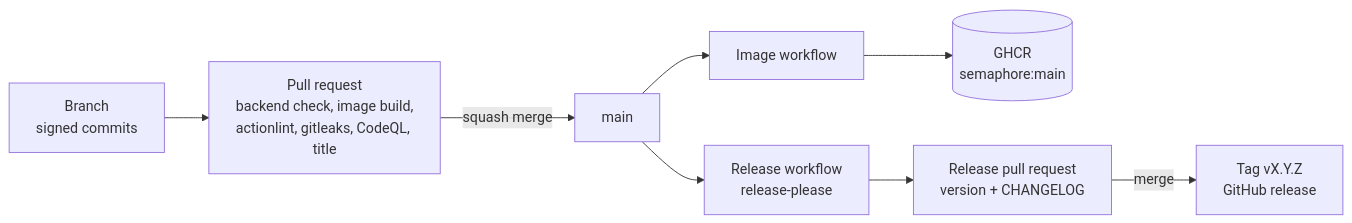
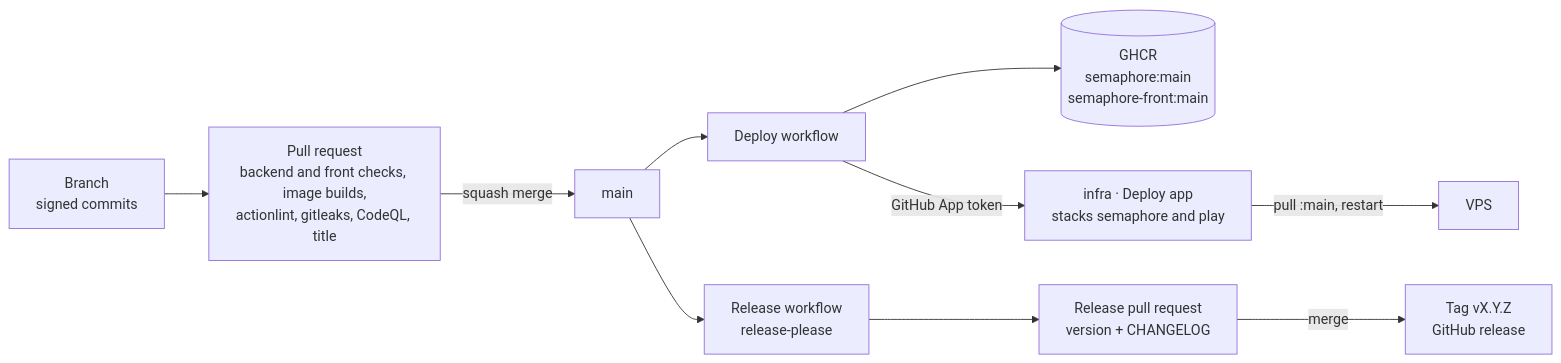
The second of 2 diagrams in README.md (Didelo-lilian/semaphore), drawn with Mermaid before and after one commit. The commit also changed other lines of this file and 1 other file, not shown here.

Commit message:
docs: add ADR 0004 and update the README for the front

````diff
--- a/README.md
+++ b/README.md
@@ -59,10 +73,12 @@
 ```mermaid
 flowchart LR
-  dev["Branch<br/>signed commits"] --> pr["Pull request<br/>backend check, image build,<br/>actionlint, gitleaks, CodeQL, title"]
+  dev["Branch<br/>signed commits"] --> pr["Pull request<br/>backend and front checks, image builds,<br/>actionlint, gitleaks, CodeQL, title"]
   pr -->|"squash merge"| main["main"]
-  main --> image["Image workflow"]
-  image --> ghcr[("GHCR<br/>semaphore:main")]
+  main --> deploy["Deploy workflow"]
+  deploy --> ghcr[("GHCR<br/>semaphore:main<br/>semaphore-front:main")]
+  deploy -->|"GitHub App token"| infra["infra · Deploy app<br/>stacks semaphore and play"]
+  infra -->|"pull :main, restart"| vps["VPS"]
   main --> release["Release workflow<br/>release-please"]
   release --> relpr["Release pull request<br/>version + CHANGELOG"]
   relpr -->|"merge"| tag["Tag vX.Y.Z<br/>GitHub release"]
 ```
````
